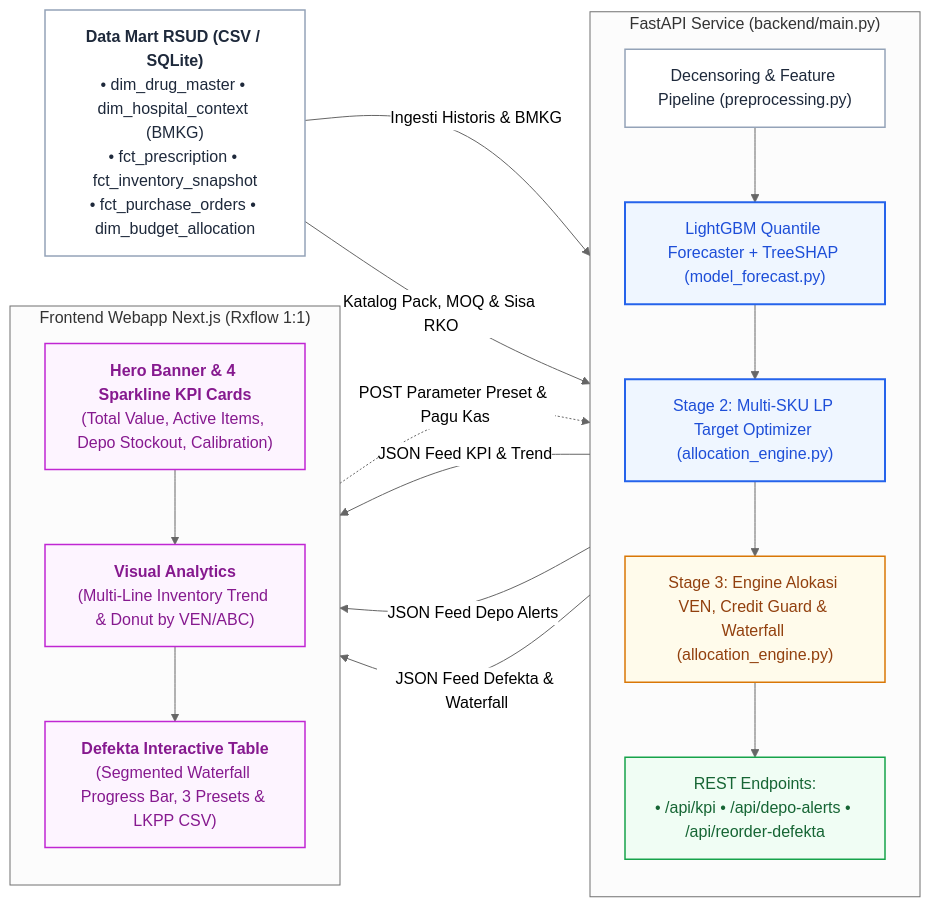
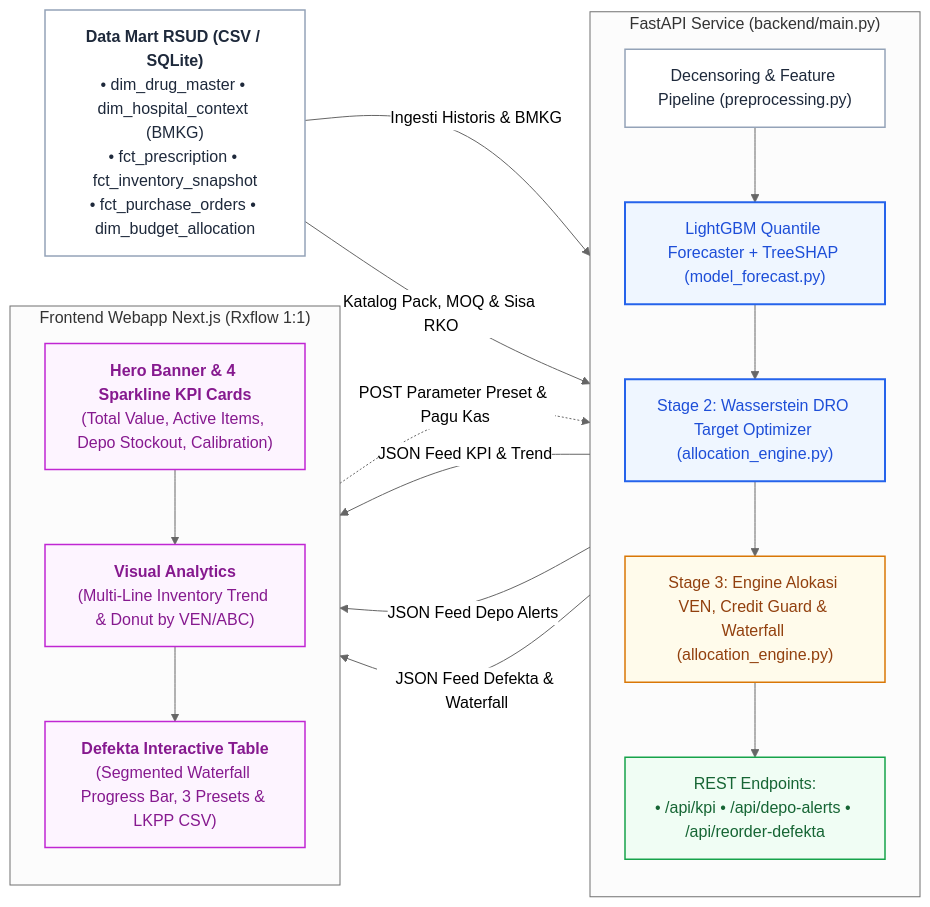
One commit to gimigkk/sediantara-research changed the second of 2 diagrams in projectfarmasi.md. Above: the diagram before and after it, drawn with Mermaid (neutral theme). The commit also changed other lines of this file, not shown here.

Commit message:
docs: replace section 4 flowchart with stage comparison matrix and restore practical Wasserstein DRO framing

````diff
--- a/projectfarmasi.md
+++ b/projectfarmasi.md
@@ -418,41 +404,41 @@
 ```mermaid
 flowchart LR
     classDef default fill:#ffffff,stroke:#94a3b8,stroke-width:1.5px,color:#1e293b;
     classDef ai fill:#eff6ff,stroke:#2563eb,stroke-width:2px,color:#1d4ed8;
     classDef warn fill:#fffbeb,stroke:#d97706,stroke-width:1.5px,color:#92400e;
     classDef success fill:#f0fdf4,stroke:#16a34a,stroke-width:1.5px,color:#166534;
     classDef ui fill:#fdf4ff,stroke:#c026d3,stroke-width:1.5px,color:#86198f;
 
     DATA["<b>Data Mart RSUD (CSV / SQLite)</b><br/>• dim_drug_master • dim_hospital_context (BMKG)<br/>• fct_prescription • fct_inventory_snapshot<br/>• fct_purchase_orders • dim_budget_allocation"]
 
     subgraph BackendAPI ["FastAPI Service (backend/main.py)"]
         direction TB
         PIPE["Decensoring &amp; Feature Pipeline (preprocessing.py)"]
         LGB["LightGBM Quantile Forecaster + TreeSHAP (model_forecast.py)"]:::ai
-        LP_OPT["Stage 2: Multi-SKU LP Target Optimizer (allocation_engine.py)"]:::ai
+        LP_OPT["Stage 2: Wasserstein DRO Target Optimizer (allocation_engine.py)"]:::ai
         ALLOC["Stage 3: Engine Alokasi VEN, Credit Guard &amp; Waterfall (allocation_engine.py)"]:::warn
         API["REST Endpoints:<br/>• /api/kpi • /api/depo-alerts • /api/reorder-defekta"]:::success
         
         PIPE --> LGB
         LGB --> LP_OPT
         LP_OPT --> ALLOC
         ALLOC --> API
     end
 
     subgraph FrontendApp ["Frontend Webapp Next.js (Rxflow 1:1)"]
         direction TB
         UI1["<b>Hero Banner &amp; 4 Sparkline KPI Cards</b><br/>(Total Value, Active Items, Depo Stockout, Calibration)"]:::ui
         UI2["<b>Visual Analytics</b><br/>(Multi-Line Inventory Trend &amp; Donut by VEN/ABC)"]:::ui
         UI3["<b>Defekta Interactive Table</b><br/>(Segmented Waterfall Progress Bar, 3 Presets &amp; LKPP CSV)"]:::ui
         
         UI1 --> UI2
         UI2 --> UI3
     end
 
     DATA -->|"Ingesti Historis & BMKG"| PIPE
     DATA -->|"Katalog Pack, MOQ & Sisa RKO"| ALLOC
     API -->|"JSON Feed KPI & Trend"| UI1
     API -->|"JSON Feed Depo Alerts"| UI2
     API -->|"JSON Feed Defekta & Waterfall"| UI3
     UI3 -.->|"POST Parameter Preset & Pagu Kas"| API
 ```
````
